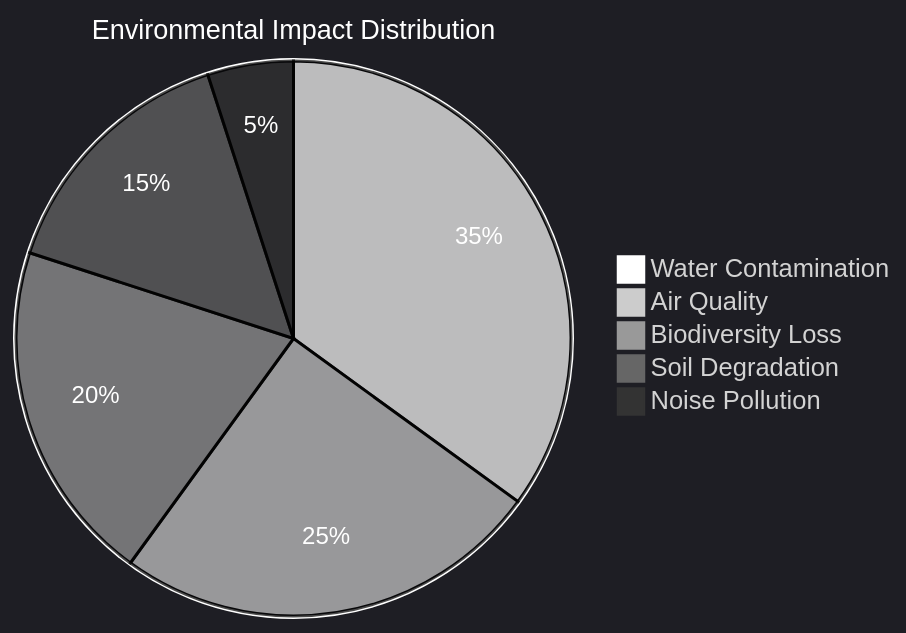
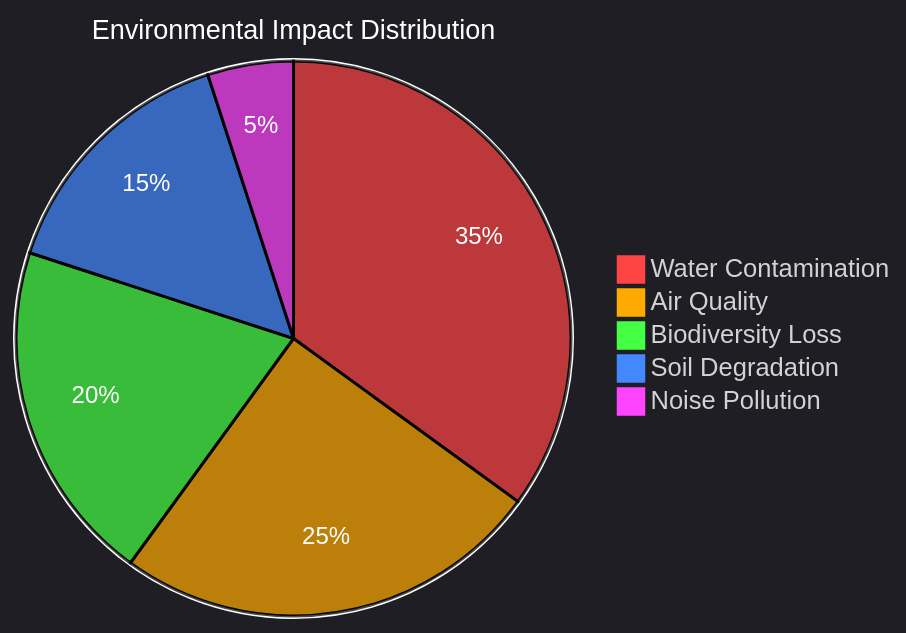
The third of 13 diagrams in README.md (Ping-2o/daryn), drawn with Mermaid before and after one commit. The commit also changed other lines of this file and 4 other files, not shown here.

````diff
--- a/README.md
+++ b/README.md
@@ -229,9 +260,10 @@
 ```mermaid
 %%{init: {'theme':'dark', 'themeVariables': {'pie1':'#ffffff', 'pie2':'#cccccc', 'pie3':'#999999', 'pie4':'#666666', 'pie5':'#333333', 'pieTitleTextSize':'18px', 'pieTitleTextColor':'#ffffff', 'pieSectionTextSize':'16px', 'pieSectionTextColor':'#ffffff', 'pieOuterStrokeWidth':'2px', 'pieOuterStrokeColor':'#ffffff'}}}%%
+%%{init: {'theme':'dark', 'themeVariables': {'pie1':'#ff4444', 'pie2':'#ffaa00', 'pie3':'#44ff44', 'pie4':'#4488ff', 'pie5':'#ff44ff', 'pieTitleTextSize':'18px', 'pieTitleTextColor':'#ffffff', 'pieSectionTextSize':'16px', 'pieSectionTextColor':'#ffffff', 'pieOuterStrokeWidth':'2px', 'pieOuterStrokeColor':'#ffffff'}}}%%
 pie title Environmental Impact Distribution
     "Water Contamination" : 35
     "Air Quality" : 25
     "Biodiversity Loss" : 20
     "Soil Degradation" : 15
     "Noise Pollution" : 5
 ```
````
